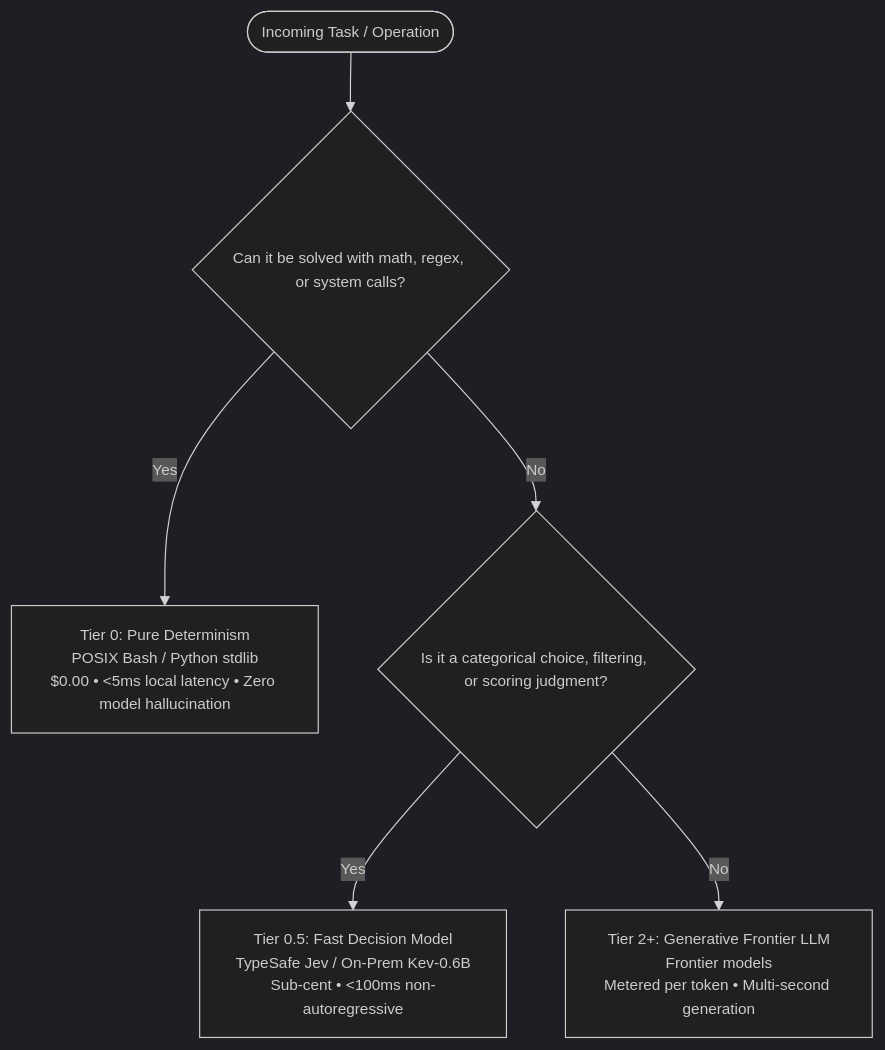
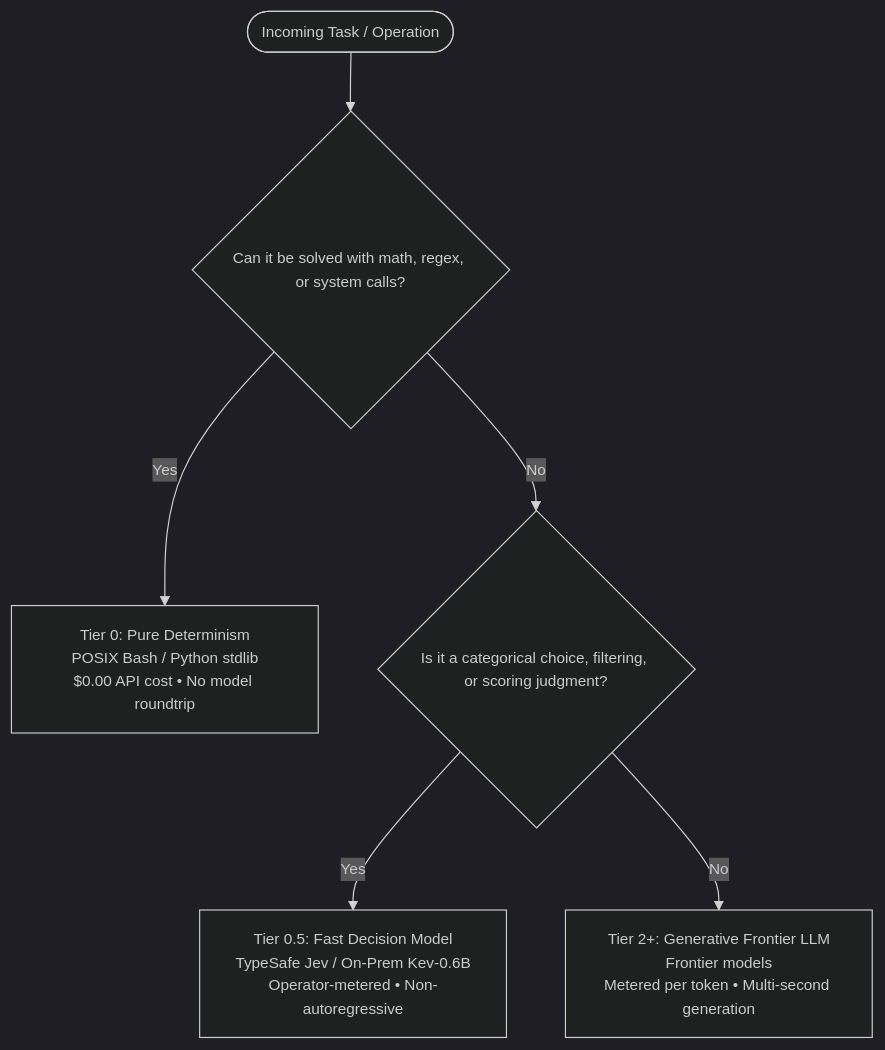
The first of 2 diagrams in README.md (rodericklm1/determify), drawn with Mermaid before and after one commit. The commit also changed other lines of this file and 12 other files, not shown here.

````diff
--- a/README.md
+++ b/README.md
@@ -19,9 +21,9 @@
 ```mermaid
 %%{init: {'theme': 'dark', 'themeVariables': { 'fontSize': '13px' }}}%%
 flowchart TD
     Task([Incoming Task / Operation]) --> T0{Can it be solved with math, regex, or system calls?}
-    T0 -- Yes --> Tier0[Tier 0: Pure Determinism\nPOSIX Bash / Python stdlib\n$0.00 • <5ms local latency • Zero model hallucination]
+    T0 -- Yes --> Tier0[Tier 0: Pure Determinism\nPOSIX Bash / Python stdlib\n$0.00 API cost • No model roundtrip]
     T0 -- No --> T05{Is it a categorical choice, filtering, or scoring judgment?}
-    T05 -- Yes --> Tier05[Tier 0.5: Fast Decision Model\nTypeSafe Jev / On-Prem Kev-0.6B\nSub-cent • <100ms non-autoregressive]
+    T05 -- Yes --> Tier05[Tier 0.5: Fast Decision Model\nTypeSafe Jev / On-Prem Kev-0.6B\nOperator-metered • Non-autoregressive]
     T05 -- No --> TierFrontier[Tier 2+: Generative Frontier LLM\nFrontier models\nMetered per token • Multi-second generation]
 ```
````
